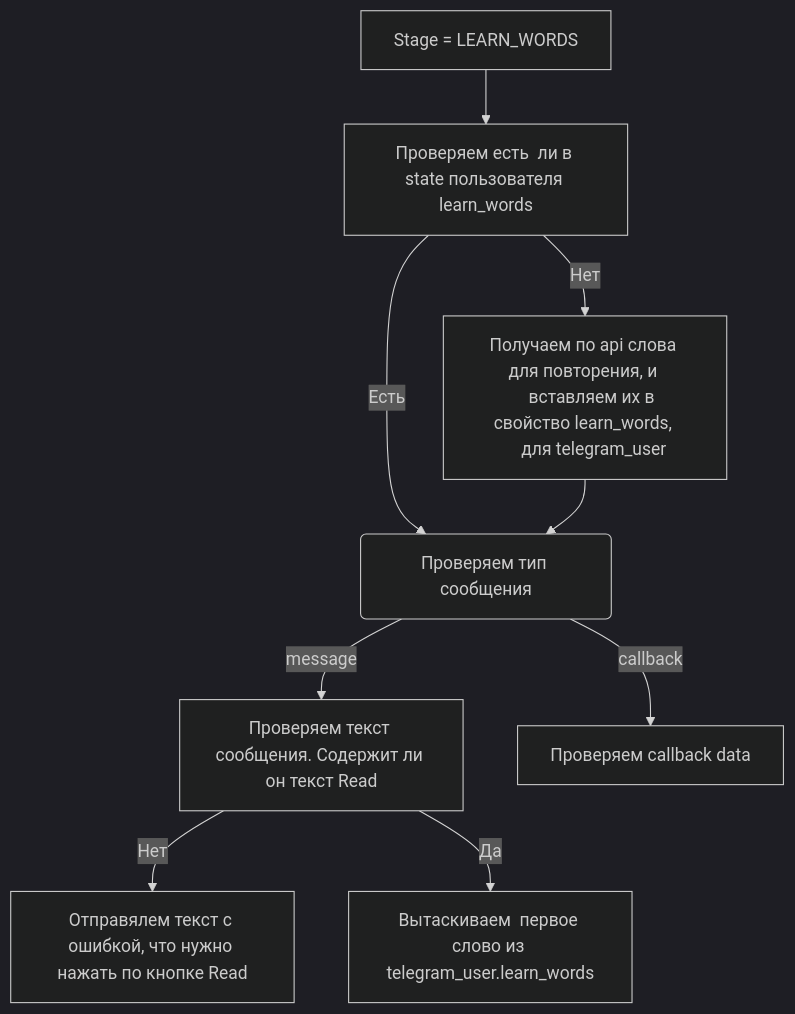
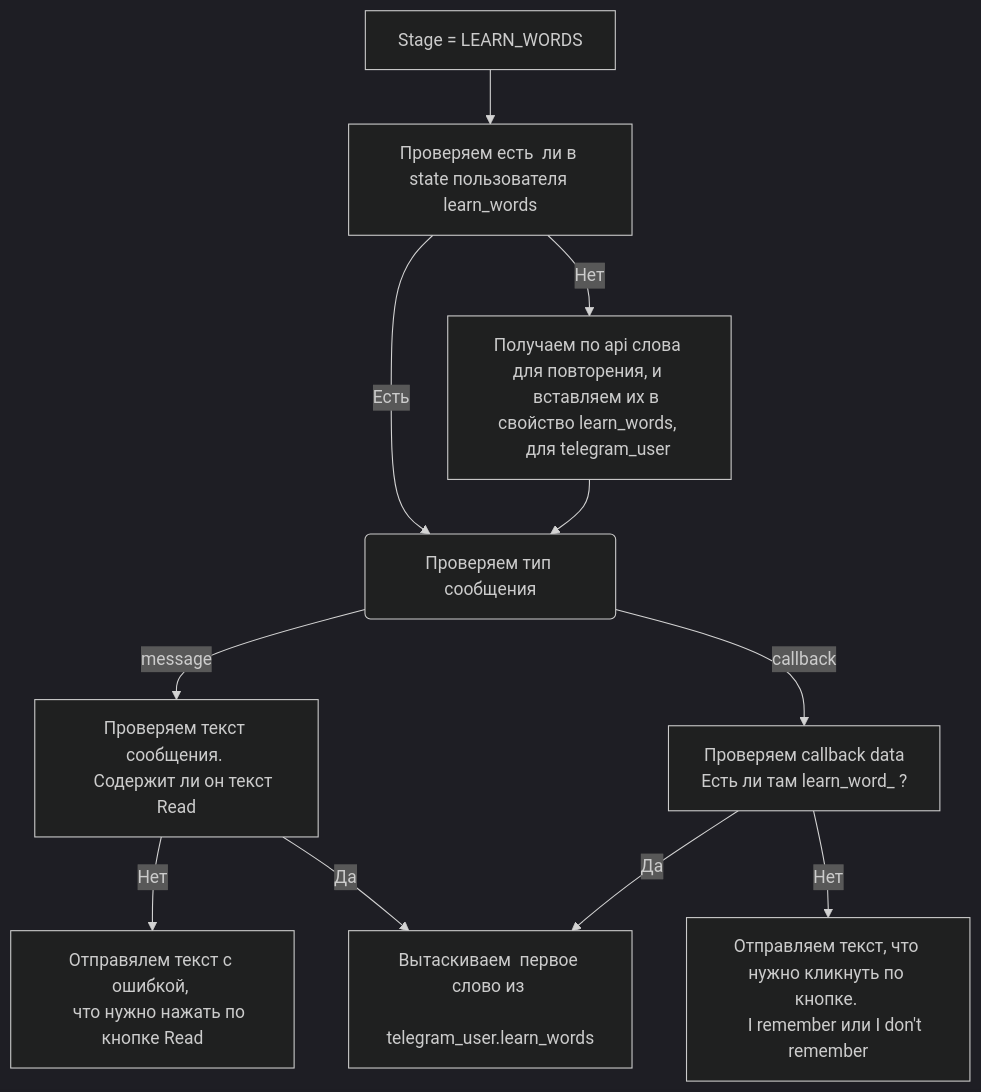
The diagram in documentation/leran_words.md (psgaiduk/learning_en_telegram_bot), drawn with Mermaid (dark theme) before and after one commit.

Commit message:
docs(documentation): add result after check callback data

````diff
--- a/documentation/leran_words.md
+++ b/documentation/leran_words.md
@@ -1,15 +1,22 @@
 ```mermaid
 graph TD;
     start[Stage = LEARN_WORDS] --> check_state_words[Проверяем есть  ли в state пользователя learn_words];
     check_state_words-->|Нет| dont_have_words[
     Получаем по api слова для повторения, и 
     вставляем их в свойство learn_words, 
     для telegram_user
     ]
     check_state_words --> |Есть| check_type_message(Проверяем тип сообщения)
     dont_have_words --> check_type_message
-    check_type_message --> |message| check_test_message[Проверяем текст сообщения. Содержит ли он текст Read]
-    check_type_message --> |callback| check_callback_data[Проверяем callback data]
-    check_test_message --> |Нет| wrong_text_message[Отправялем текст с ошибкой, что нужно нажать по кнопке Read]
-    check_test_message --> |Да| get_first_word[Вытаскиваем  первое слово из telegram_user.learn_words]
+    check_type_message --> |message| check_test_message[Проверяем текст сообщения. 
+    Содержит ли он текст Read]
+    check_type_message --> |callback| check_callback_data[Проверяем callback data
+    Есть ли там learn_word_ ?]
+    check_test_message --> |Нет| wrong_text_message[Отправялем текст с ошибкой, 
+    что нужно нажать по кнопке Read]
+    check_test_message --> |Да| get_first_word[Вытаскиваем  первое слово из 
+    telegram_user.learn_words]
+    check_callback_data --> |Да| get_first_word
+    check_callback_data --> |Нет| wrong_callback_data[Отправляем текст, что нужно кликнуть по кнопке. 
+    I remember или I don't remember]
 ```
````
